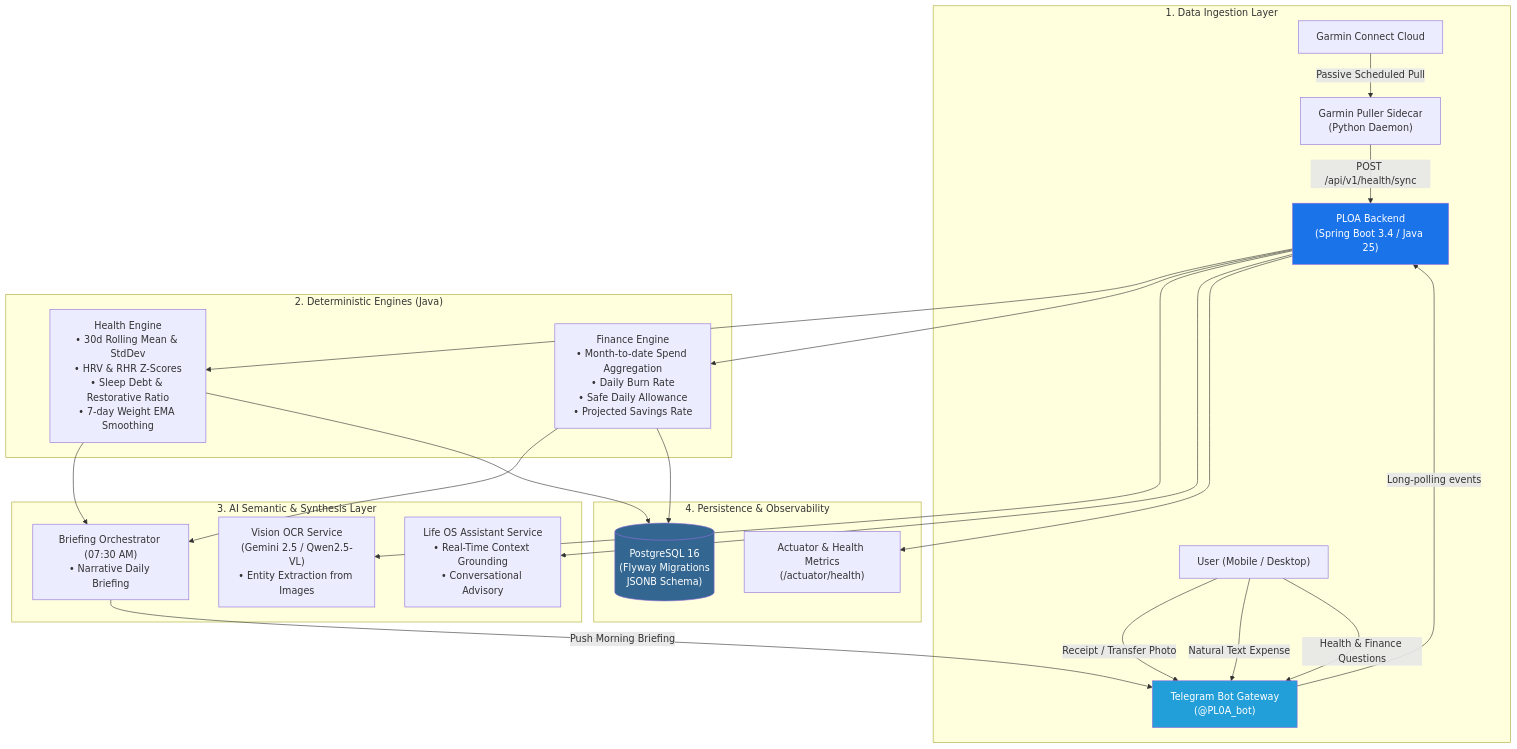
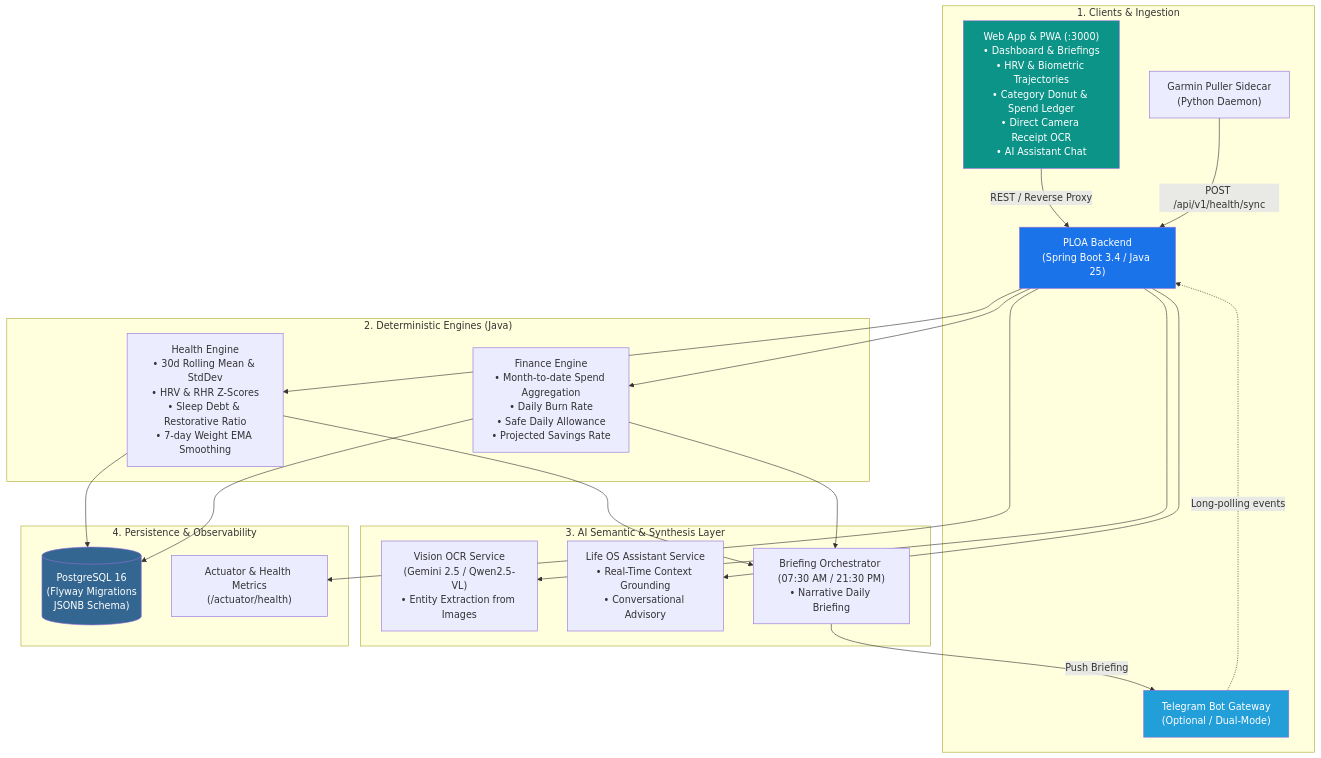
The diagram in README.md (nhth1nh/Personal-Life-OS-Agent), drawn with Mermaid before and after one commit. The commit also changed other lines of this file and 32 other files, not shown here.

Commit message:
feat(ui): add modern PWA dashboard, interactive visual charts, receipt scanner, and docker service

````diff
--- a/README.md
+++ b/README.md
@@ -19,35 +19,36 @@
 ```mermaid
 flowchart TD
-    subgraph Ingestion["1. Data Ingestion Layer"]
-        A["Garmin Connect Cloud"] -->|Passive Scheduled Pull| B["Garmin Puller Sidecar\n(Python Daemon)"]
-        B -->|POST /api/v1/health/sync| C["PLOA Backend\n(Spring Boot 3.4 / Java 25)"]
+    subgraph Clients["1. Clients & Ingestion"]
+        UI["Web App & PWA (:3000)\n• Dashboard & Briefings\n• HRV & Biometric Trajectories\n• Category Donut & Spend Ledger\n• Direct Camera Receipt OCR\n• AI Assistant Chat"]
+        TB["Telegram Bot Gateway\n(Optional / Dual-Mode)"]
+        G["Garmin Puller Sidecar\n(Python Daemon)"]
 
-        D["User (Mobile / Desktop)"] -->|Receipt / Transfer Photo| E["Telegram Bot Gateway\n(@PL0A_bot)"]
-        D -->|Natural Text Expense| E
-        D -->|Health & Finance Questions| E
-        E -->|Long-polling events| C
+        UI -->|REST / Reverse Proxy| BE["PLOA Backend\n(Spring Boot 3.4 / Java 25)"]
+        TB -.->|Long-polling events| BE
+        G -->|POST /api/v1/health/sync| BE
     end
 
     subgraph Engines["2. Deterministic Engines (Java)"]
-        C --> F["Health Engine\n• 30d Rolling Mean & StdDev\n• HRV & RHR Z-Scores\n• Sleep Debt & Restorative Ratio\n• 7-day Weight EMA Smoothing"]
-        C --> G["Finance Engine\n• Month-to-date Spend Aggregation\n• Daily Burn Rate\n• Safe Daily Allowance\n• Projected Savings Rate"]
+        BE --> F["Health Engine\n• 30d Rolling Mean & StdDev\n• HRV & RHR Z-Scores\n• Sleep Debt & Restorative Ratio\n• 7-day Weight EMA Smoothing"]
+        BE --> G2["Finance Engine\n• Month-to-date Spend Aggregation\n• Daily Burn Rate\n• Safe Daily Allowance\n• Projected Savings Rate"]
     end
 
     subgraph AI["3. AI Semantic & Synthesis Layer"]
-        C --> H["Vision OCR Service\n(Gemini 2.5 / Qwen2.5-VL)\n• Entity Extraction from Images"]
-        C --> I["Life OS Assistant Service\n• Real-Time Context Grounding\n• Conversational Advisory"]
-        F --> J["Briefing Orchestrator (07:30 AM)\n• Narrative Daily Briefing"]
-        G --> J
-        J -->|Push Morning Briefing| E
+        BE --> H["Vision OCR Service\n(Gemini 2.5 / Qwen2.5-VL)\n• Entity Extraction from Images"]
+        BE --> I["Life OS Assistant Service\n• Real-Time Context Grounding\n• Conversational Advisory"]
+        F --> J["Briefing Orchestrator (07:30 AM / 21:30 PM)\n• Narrative Daily Briefing"]
+        G2 --> J
+        J -->|Push Briefing| TB
     end
 
     subgraph Storage["4. Persistence & Observability"]
         F --> K[("PostgreSQL 16\n(Flyway Migrations\nJSONB Schema)")]
-        G --> K
-        C --> L["Actuator & Health Metrics\n(/actuator/health)"]
+        G2 --> K
+        BE --> L["Actuator & Health Metrics\n(/actuator/health)"]
     end
 
-    style C fill:#1a73e8,color:#fff
+    style BE fill:#1a73e8,color:#fff
+    style UI fill:#0d9488,color:#fff
     style K fill:#336791,color:#fff
-    style E fill:#229ED9,color:#fff
+    style TB fill:#229ED9,color:#fff
 ```
````
